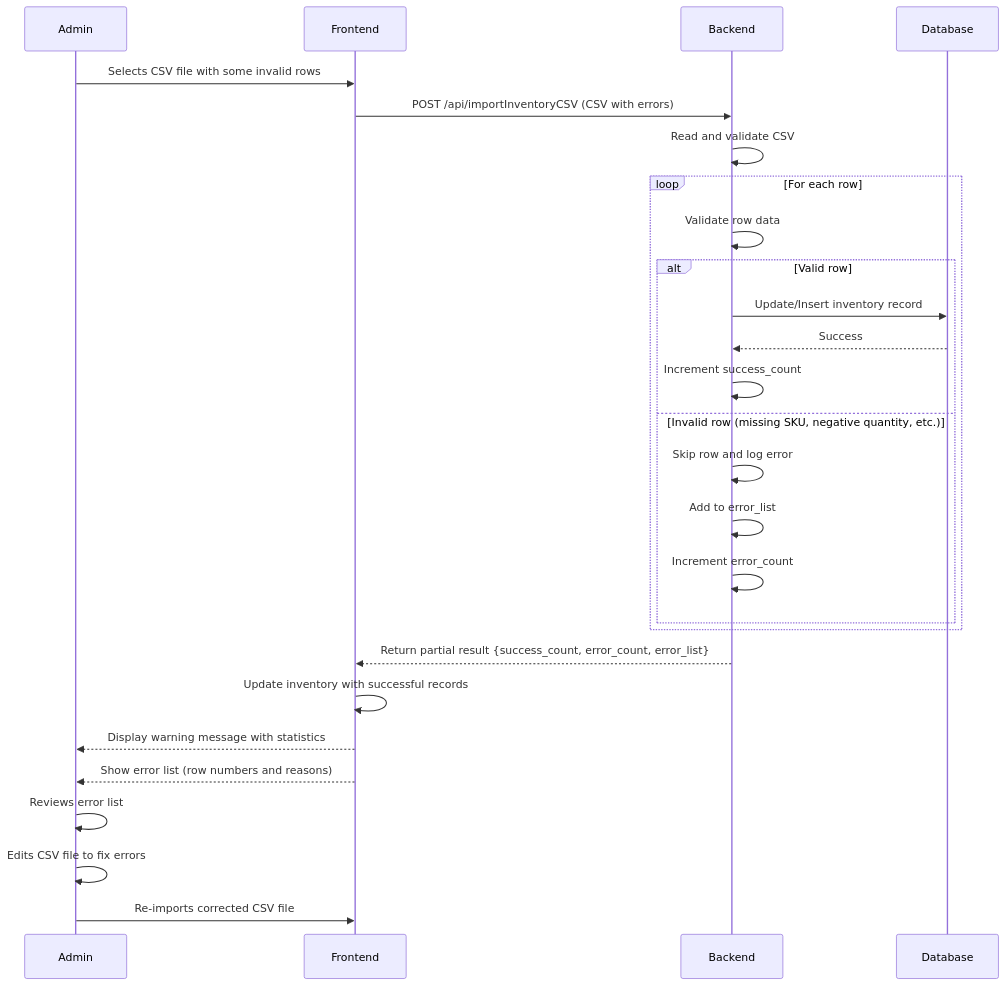
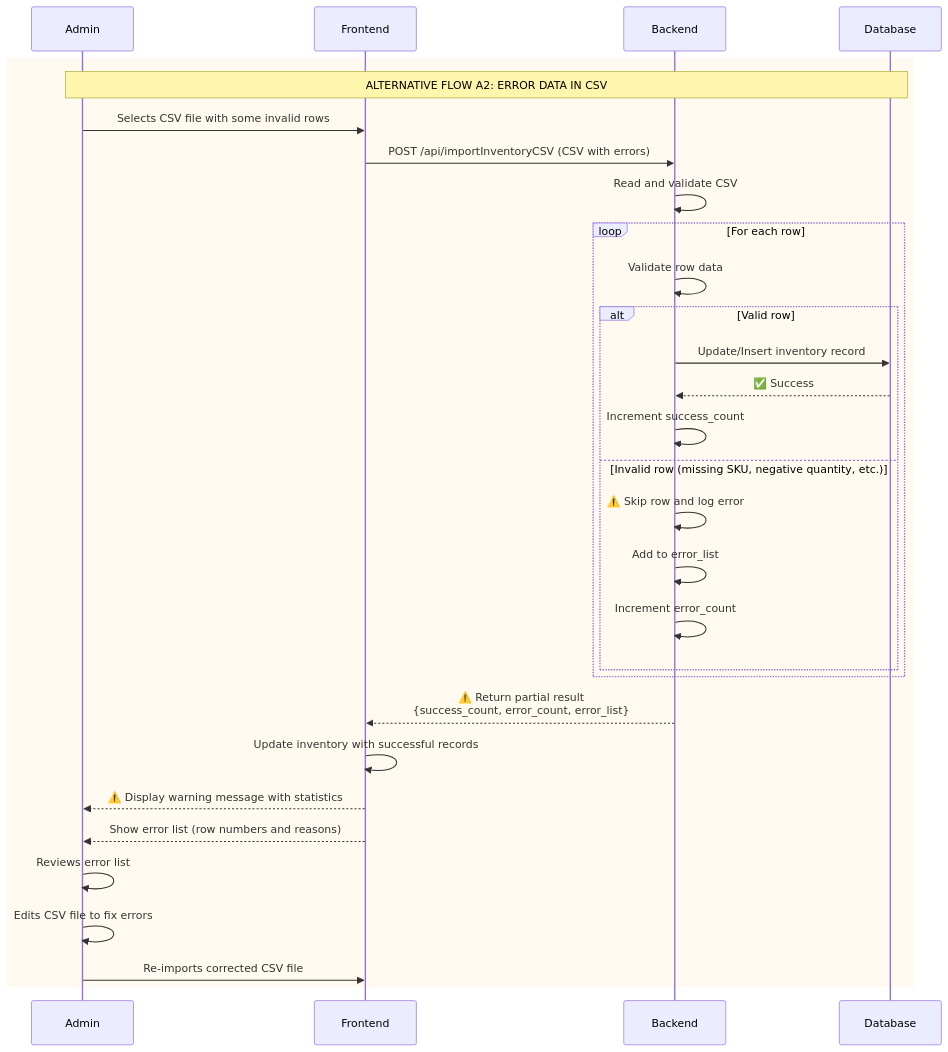
Before and after one commit to phuongloannn/bicycle-web-FE: the third of 9 diagrams in UML_Sequence_Diagram_Inventory_CSV.md, drawn with Mermaid. The commit also changed other lines of this file, not shown here.

````diff
--- a/UML_Sequence_Diagram_Inventory_CSV.md
+++ b/UML_Sequence_Diagram_Inventory_CSV.md
@@ -90,33 +100,37 @@
 ```mermaid
 sequenceDiagram
-    participant Admin
-    participant Frontend
-    participant Backend
-    participant Database
+    participant Admin as Admin
+    participant Frontend as Frontend
+    participant Backend as Backend
+    participant Database as Database
 
-    Admin->>Frontend: Selects CSV file with some invalid rows
-    Frontend->>Backend: POST /api/importInventoryCSV (CSV with errors)
-    Backend->>Backend: Read and validate CSV
-    
-    loop For each row
-        Backend->>Backend: Validate row data
-        alt Valid row
-            Backend->>Database: Update/Insert inventory record
-            Database-->>Backend: Success
-            Backend->>Backend: Increment success_count
-        else Invalid row (missing SKU, negative quantity, etc.)
-            Backend->>Backend: Skip row and log error
-            Backend->>Backend: Add to error_list
-            Backend->>Backend: Increment error_count
+    rect rgb(255, 250, 240)
+        Note over Admin,Database: ALTERNATIVE FLOW A2: ERROR DATA IN CSV
+        
+        Admin->>Frontend: Selects CSV file with some invalid rows
+        Frontend->>Backend: POST /api/importInventoryCSV (CSV with errors)
+        Backend->>Backend: Read and validate CSV
+        
+        loop For each row
+            Backend->>Backend: Validate row data
+            alt Valid row
+                Backend->>Database: Update/Insert inventory record
+                Database-->>Backend: ✅ Success
+                Backend->>Backend: Increment success_count
+            else Invalid row (missing SKU, negative quantity, etc.)
+                Backend->>Backend: ⚠️ Skip row and log error
+                Backend->>Backend: Add to error_list
+                Backend->>Backend: Increment error_count
+            end
         end
+
+        Backend-->>Frontend: ⚠️ Return partial result<br/>{success_count, error_count, error_list}
+        Frontend->>Frontend: Update inventory with successful records
+        Frontend-->>Admin: ⚠️ Display warning message with statistics
+        Frontend-->>Admin: Show error list (row numbers and reasons)
+        
+        Admin->>Admin: Reviews error list
+        Admin->>Admin: Edits CSV file to fix errors
+        Admin->>Frontend: Re-imports corrected CSV file
     end
-
-    Backend-->>Frontend: Return partial result {success_count, error_count, error_list}
-    Frontend->>Frontend: Update inventory with successful records
-    Frontend-->>Admin: Display warning message with statistics
-    Frontend-->>Admin: Show error list (row numbers and reasons)
-    
-    Admin->>Admin: Reviews error list
-    Admin->>Admin: Edits CSV file to fix errors
-    Admin->>Frontend: Re-imports corrected CSV file
 ```
````
